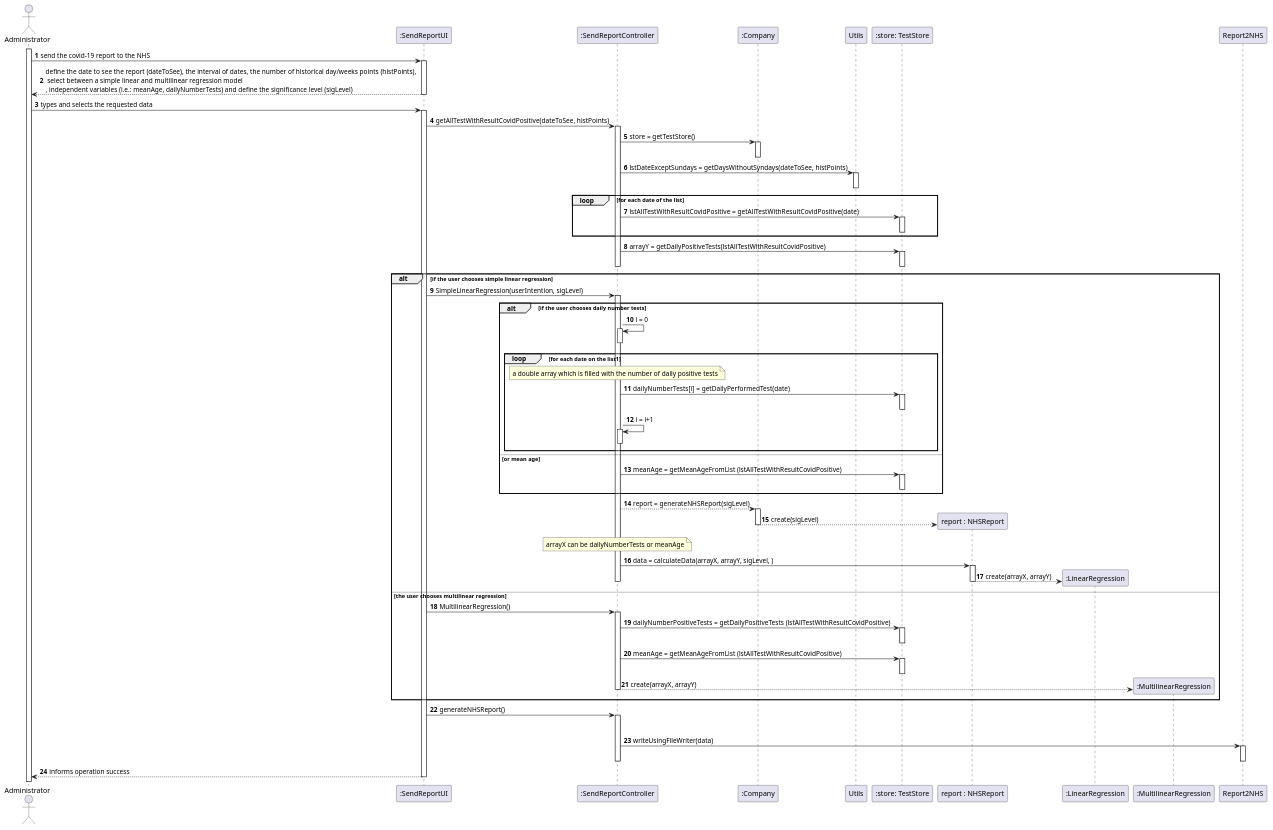
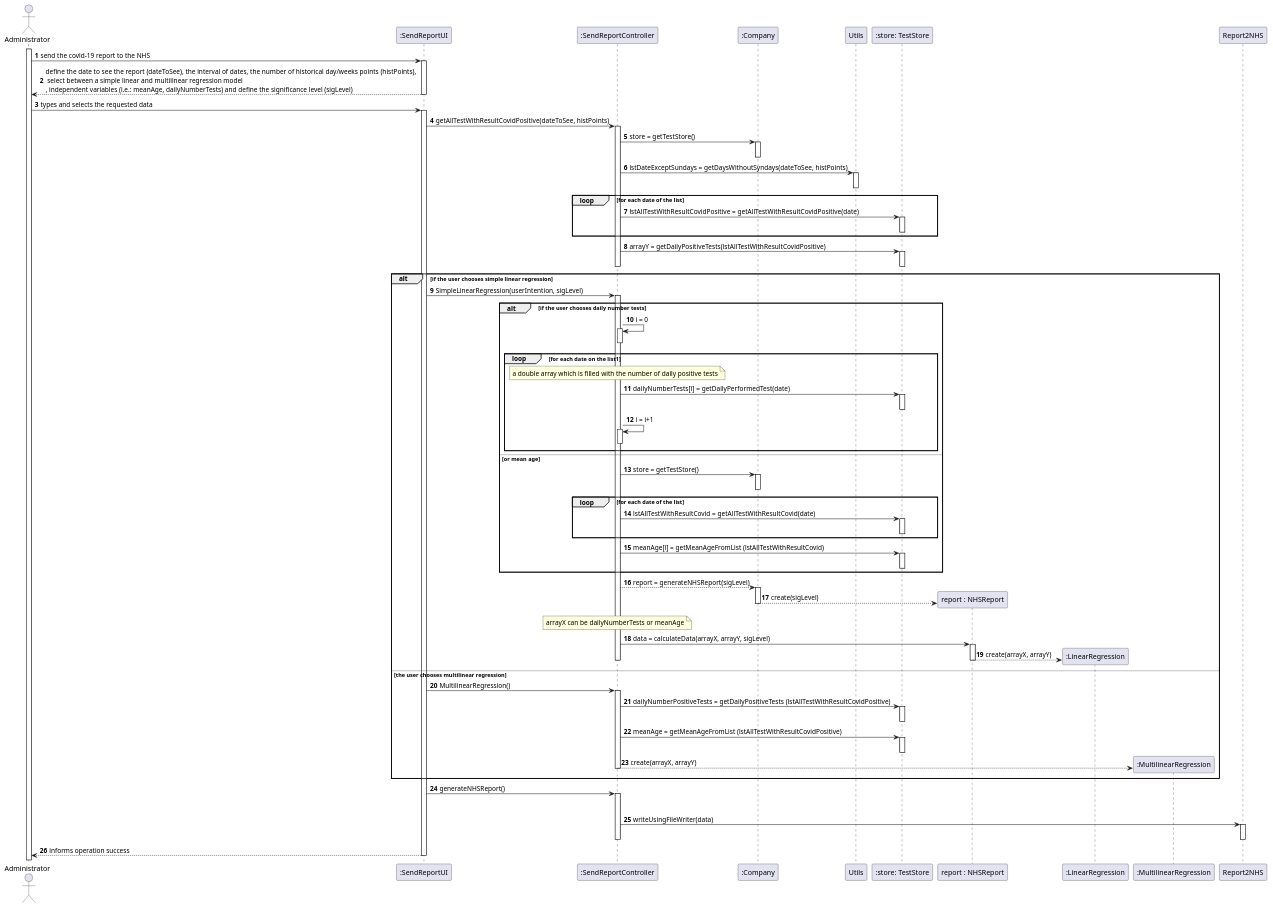
One commit to 0franciscor/lei-21-s2-1de-g19 changed the diagram in docs/SprintD/US18/US18-SD.puml. Above: the diagram before and after it, drawn with PlantUML. The commit also changed 7 other files, not shown here.

```diff
--- a/docs/SprintD/US18/US18-SD.puml
+++ b/docs/SprintD/US18/US18-SD.puml
@@ -1,134 +1,151 @@
 @startuml
 'https://plantuml.com/sequence-diagram
 
 autonumber
 
 actor "Administrator" as A
 activate A
 
 
 A -> ":SendReportUI" : send the covid-19 report to the NHS
 activate ":SendReportUI"
 ":SendReportUI" --> A: define the date to see the report (dateToSee), the interval of dates, the number of historical day/weeks points (histPoints), \n select between a simple linear and multilinear regression model\n, independent variables (i.e.: meanAge, dailyNumberTests) and define the significance level (sigLevel)
 deactivate ":SendReportUI"
 
 A -> ":SendReportUI" : types and selects the requested data
 activate ":SendReportUI"
 ":SendReportUI" -> ":SendReportController": getAllTestWithResultCovidPositive(dateToSee, histPoints)
 
 activate ":SendReportController"
 ":SendReportController" -> ":Company" : store = getTestStore()
 activate ":Company"
 deactivate ":Company"
 
 ":SendReportController" -> "Utils" : lstDateExceptSundays = getDaysWithoutSyndays(dateToSee, histPoints)
 activate "Utils"
 deactivate "Utils"
 
 
 
 loop for each date of the list
 ":SendReportController" -> ":store: TestStore" : lstAllTestWithResultCovidPositive = getAllTestWithResultCovidPositive(date)
 activate ":store: TestStore"
 deactivate ":store: TestStore"
 end
 
 ":SendReportController" -> ":store: TestStore" : arrayY = getDailyPositiveTests(lstAllTestWithResultCovidPositive)
 activate ":store: TestStore"
 deactivate ":store: TestStore"
 
 deactivate ":SendReportController"
 
 
 alt if the user chooses simple linear regression
 ":SendReportUI" -> ":SendReportController" : SimpleLinearRegression(userIntention, sigLevel)
 activate ":SendReportController"
 
 alt if the user chooses daily number tests
 
 ":SendReportController" -> ":SendReportController" : i = 0
 activate ":SendReportController"
 deactivate ":SendReportController"
 
 loop for each date on the list1
 note over ":SendReportController" : a double array which is filled with the number of daily positive tests
 ":SendReportController" -> ":store: TestStore" : dailyNumberTests[i] = getDailyPerformedTest(date)
 activate ":store: TestStore"
 deactivate ":store: TestStore"
 
 
 ":SendReportController" -> ":SendReportController" ++: i = i+1
 deactivate ":SendReportController"
 end
 
 else or mean age
-":SendReportController" -> ":store: TestStore" : meanAge = getMeanAgeFromList (lstAllTestWithResultCovidPositive)
+
+":SendReportController" -> ":Company" : store = getTestStore()
+activate ":Company"
+deactivate
+
+loop for each date of the list
+":SendReportController" -> ":store: TestStore" : lstAllTestWithResultCovid = getAllTestWithResultCovid(date)
+activate ":store: TestStore"
+deactivate ":store: TestStore"
+end
+
+
+
+
+
+
+":SendReportController" -> ":store: TestStore" : meanAge[i] = getMeanAgeFromList (lstAllTestWithResultCovid)
 activate ":store: TestStore"
 deactivate ":store: TestStore"
 end
 
 
 ":SendReportController" --> ":Company" : report = generateNHSReport(sigLevel)
 activate ":Company"
 create "report : NHSReport"
 ":Company" --> "report : NHSReport" : create(sigLevel)
 deactivate ":Company"
 
 note over ":SendReportController" : arrayX can be dailyNumberTests or meanAge
 
-":SendReportController" -> "report : NHSReport": data = calculateData(arrayX, arrayY, sigLevel, )
+":SendReportController" -> "report : NHSReport": data = calculateData(arrayX, arrayY, sigLevel)
 activate "report : NHSReport"
 
 
 
 create ":LinearRegression"
 
 "report : NHSReport" --> ":LinearRegression" : create(arrayX, arrayY)
 deactivate "report : NHSReport"
 deactivate ":SendReportController"
 
 
 
 else the user chooses multilinear regression
 ":SendReportUI" -> ":SendReportController" : MultilinearRegression()
 activate ":SendReportController"
 
 
 
 ":SendReportController" -> ":store: TestStore" : dailyNumberPositiveTests = getDailyPositiveTests (lstAllTestWithResultCovidPositive)
 activate ":store: TestStore"
 deactivate ":store: TestStore"
+
 ":SendReportController" -> ":store: TestStore" : meanAge = getMeanAgeFromList (lstAllTestWithResultCovidPositive)
 activate ":store: TestStore"
 deactivate ":store: TestStore"
 
 create ":MultilinearRegression"
 ":SendReportController" --> ":MultilinearRegression" : create(arrayX, arrayY)
 
 deactivate ":SendReportController"
 end
 
 
 
 ":SendReportUI" -> ":SendReportController" : generateNHSReport()
 activate ":SendReportController"
 
 
 deactivate ":Company"
 
 
 
 ":SendReportController" -> "Report2NHS": writeUsingFileWriter(data)
 
 activate "Report2NHS"
 
 deactivate "Report2NHS"
 
 deactivate ":SendReportController"
 
 ":SendReportUI" --> A: informs operation success
 deactivate ":SendReportUI"
 
 
 
 @enduml
```
